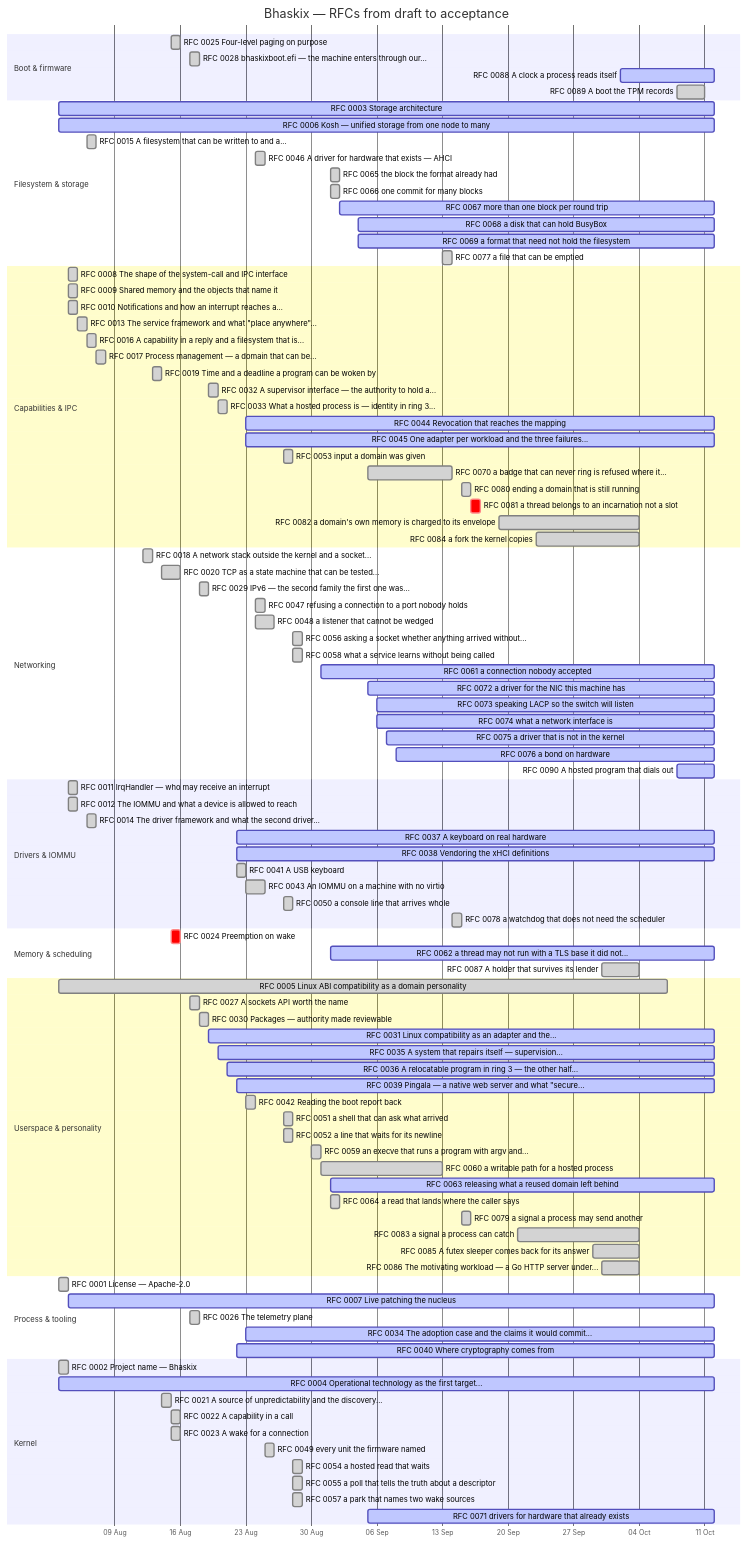
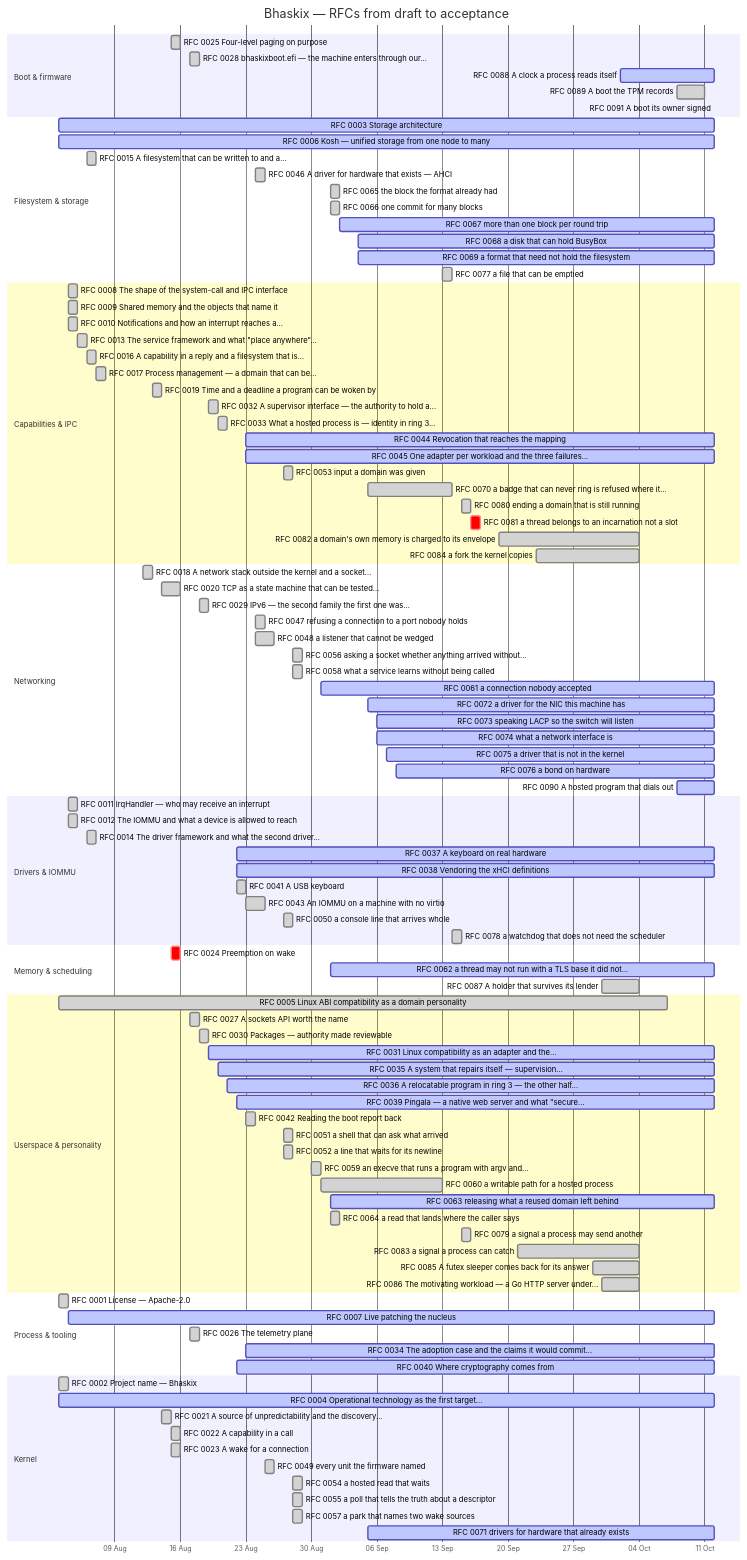
Before and after one commit to bhaskix/bhaskix: the diagram in docs/progress.md, drawn with Mermaid. The commit also changed other lines of this file and 4 other files, not shown here.

```diff
--- a/docs/progress.md
+++ b/docs/progress.md
@@ -32,6 +32,7 @@
     RFC 0028 bhaskixboot.efi — the machine enters through our... :done, r0028, 2026-08-17, 2026-08-18
     RFC 0088 A clock a process reads itself :active, r0088, 2026-10-02, 2026-10-12
     RFC 0089 A boot the TPM records :done, r0089, 2026-10-08, 2026-10-11
+    RFC 0091 A boot its owner signed :active, r0091, 2026-10-12, 2026-10-12
     section Filesystem & storage
     RFC 0003 Storage architecture :active, r0003, 2026-08-03, 2026-10-12
     RFC 0006 Kosh — unified storage from one node to many :active, r0006, 2026-08-03, 2026-10-12
```
